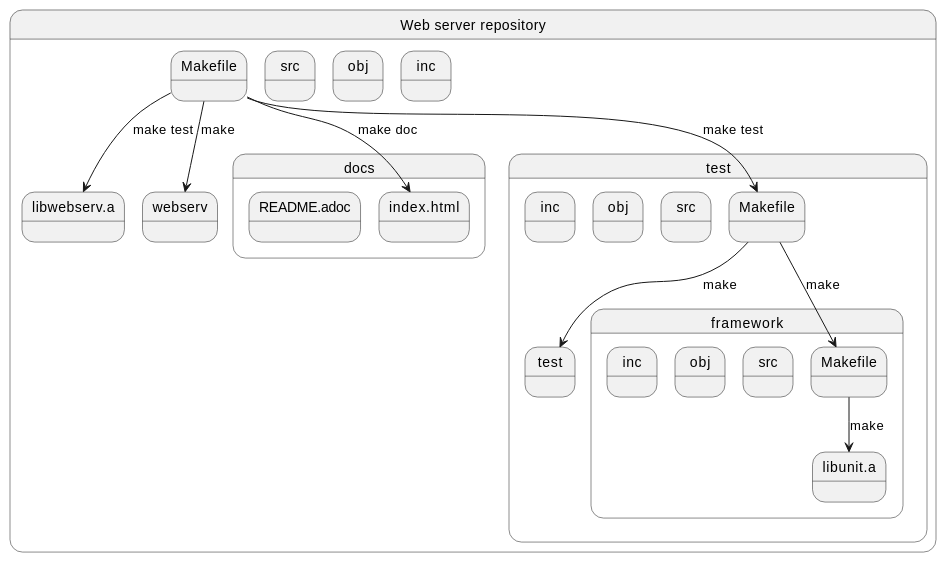
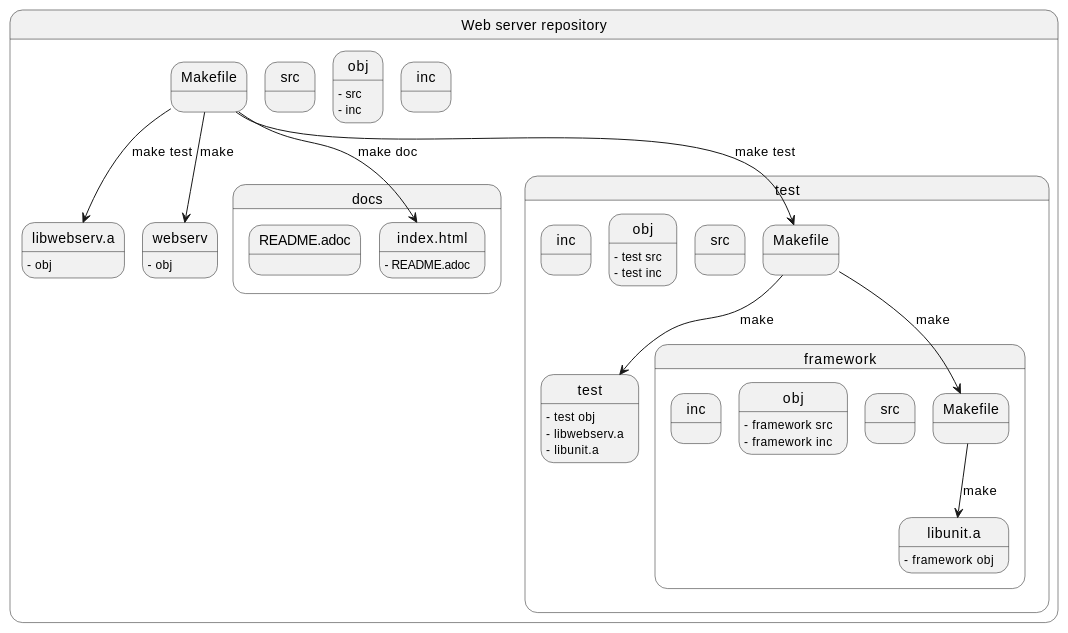
The sixth of 6 diagrams in docs/README.adoc (t-h2o/webserv), drawn with PlantUML before and after one commit. The commit also changed 2 other files, not shown here.

Commit message:
doc: add dependencies of each file generated by the Makefile

```diff
--- a/docs/README.adoc
+++ b/docs/README.adoc
@@ -60,36 +60,53 @@
 [plantuml, target=project_state, format=svg, width=100%]
 ....
 state "Web server repository" as repository {
   state "Makefile" as makefile
   state "docs" as docs {
   	state "index.html" as index
   	state "README.adoc" as adoc
   }
   state "src" as src
   state "obj" as obj
   state "inc" as inc
   state "libwebserv.a" as libwebserv
   state "webserv" as program
   state test {
 	state "Makefile" as test_makefile
     state "src" as test_src
     state "obj" as test_obj
     state "inc" as test_inc
 	state "test" as test_program
 	state "framework" as framework {
 	  state "Makefile" as framework_makefile
       state "src" as framework_src
       state "obj" as framework_obj
       state "inc" as framework_inc
 	  state "libunit.a" as libunit
 	}
   }
   makefile --> program : make
   makefile --> index : make doc
   makefile --> test_makefile : make test
   makefile --> libwebserv : make test
   test_makefile --> test_program : make
   test_makefile --> framework_makefile : make
   framework_makefile --> libunit : make
 }
+
+obj : - src
+obj : - inc
+program : - obj
+libwebserv : - obj
+
+index : - README.adoc
+
+test_obj : - test src
+test_obj : - test inc
+test_program : - test obj
+test_program : - libwebserv.a
+test_program : - libunit.a
+
+framework_obj : - framework src
+framework_obj : - framework inc
+libunit : - framework obj
 ....
```
